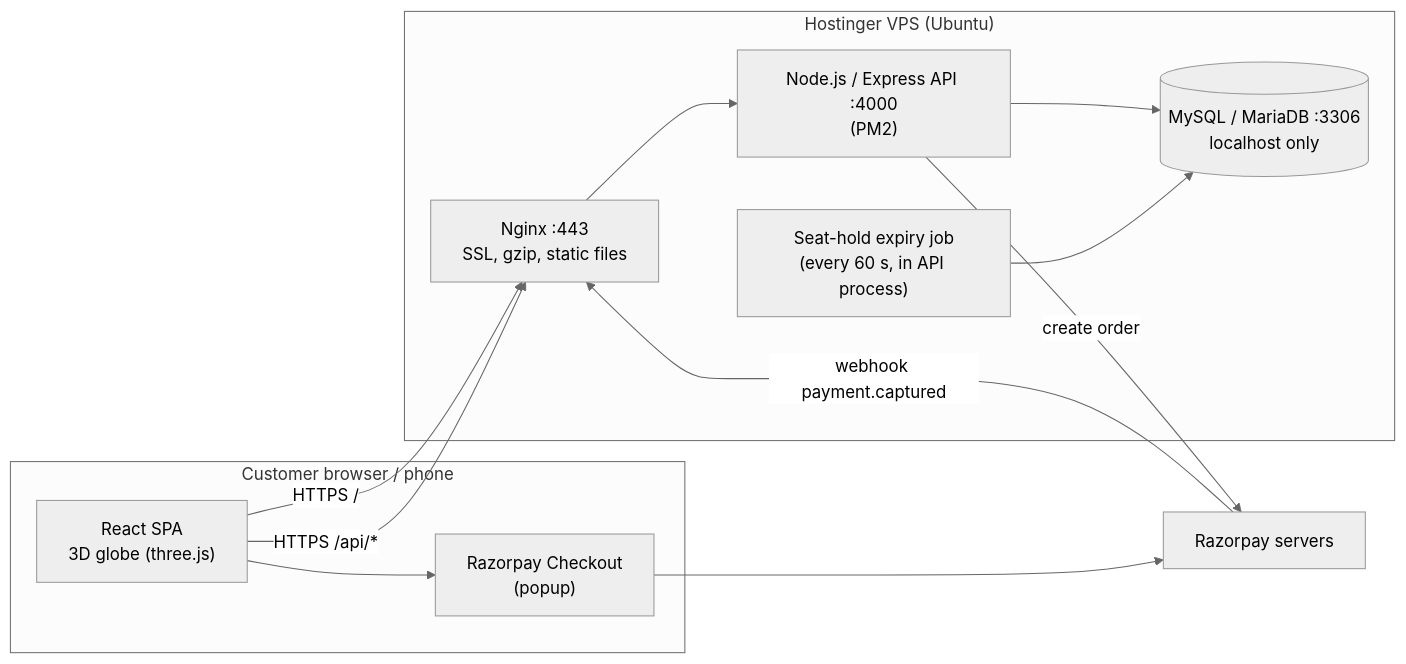
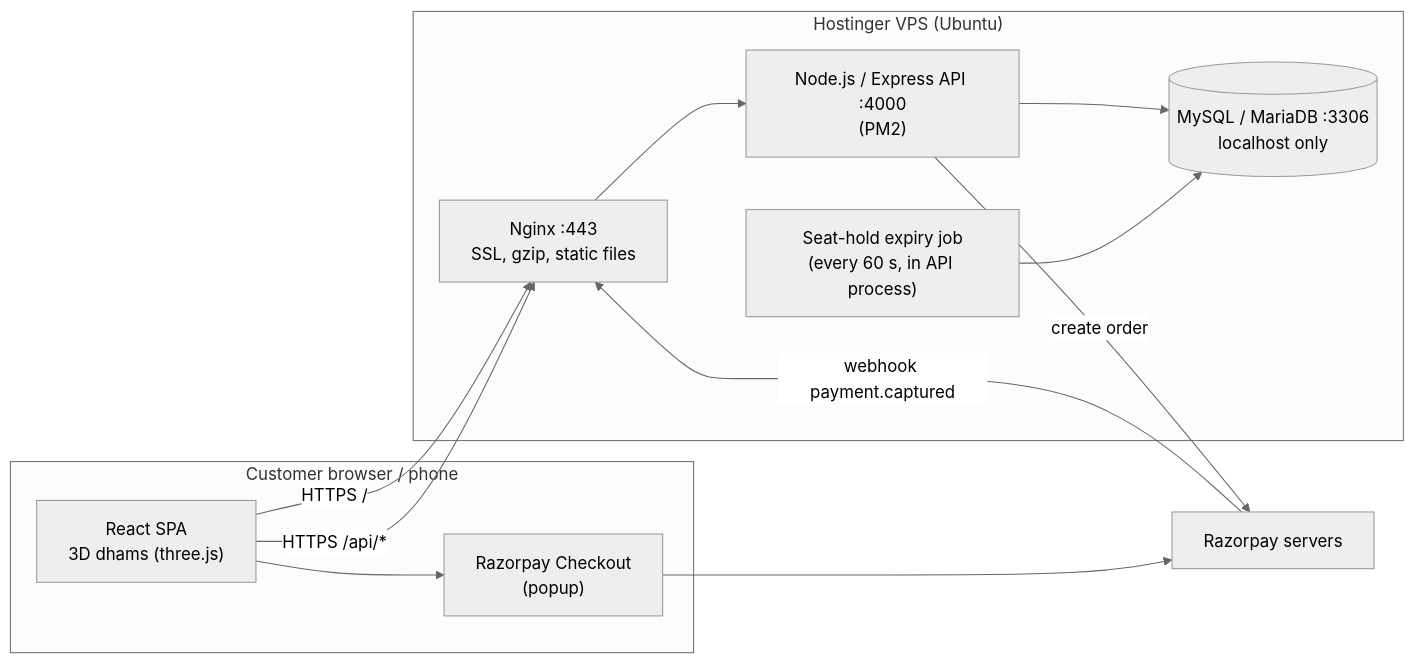
Before and after one commit to saurav1231/saurav1231: the first of 3 diagrams in docs/02-architecture.md, drawn with Mermaid (neutral theme). The commit also changed other lines of this file and 9 other files, not shown here.

````diff
--- a/docs/02-architecture.md
+++ b/docs/02-architecture.md
@@ -23,23 +23,23 @@
 ```mermaid
 flowchart LR
   subgraph Client["Customer browser / phone"]
-    UI["React SPA<br/>3D globe (three.js)"]
+    UI["React SPA<br/>3D dhams (three.js)"]
     RZP["Razorpay Checkout<br/>(popup)"]
   end
 
   subgraph VPS["Hostinger VPS (Ubuntu)"]
     NGINX["Nginx :443<br/>SSL, gzip, static files"]
     API["Node.js / Express API :4000<br/>(PM2)"]
     DB[("MySQL / MariaDB :3306<br/>localhost only")]
     JOB["Seat-hold expiry job<br/>(every 60 s, in API process)"]
   end
 
   RazorpayAPI["Razorpay servers"]
 
   UI -- "HTTPS /" --> NGINX
   UI -- "HTTPS /api/*" --> NGINX --> API --> DB
   JOB --> DB
   UI --> RZP --> RazorpayAPI
   API -- "create order" --> RazorpayAPI
   RazorpayAPI -- "webhook payment.captured" --> NGINX
 ```
````
